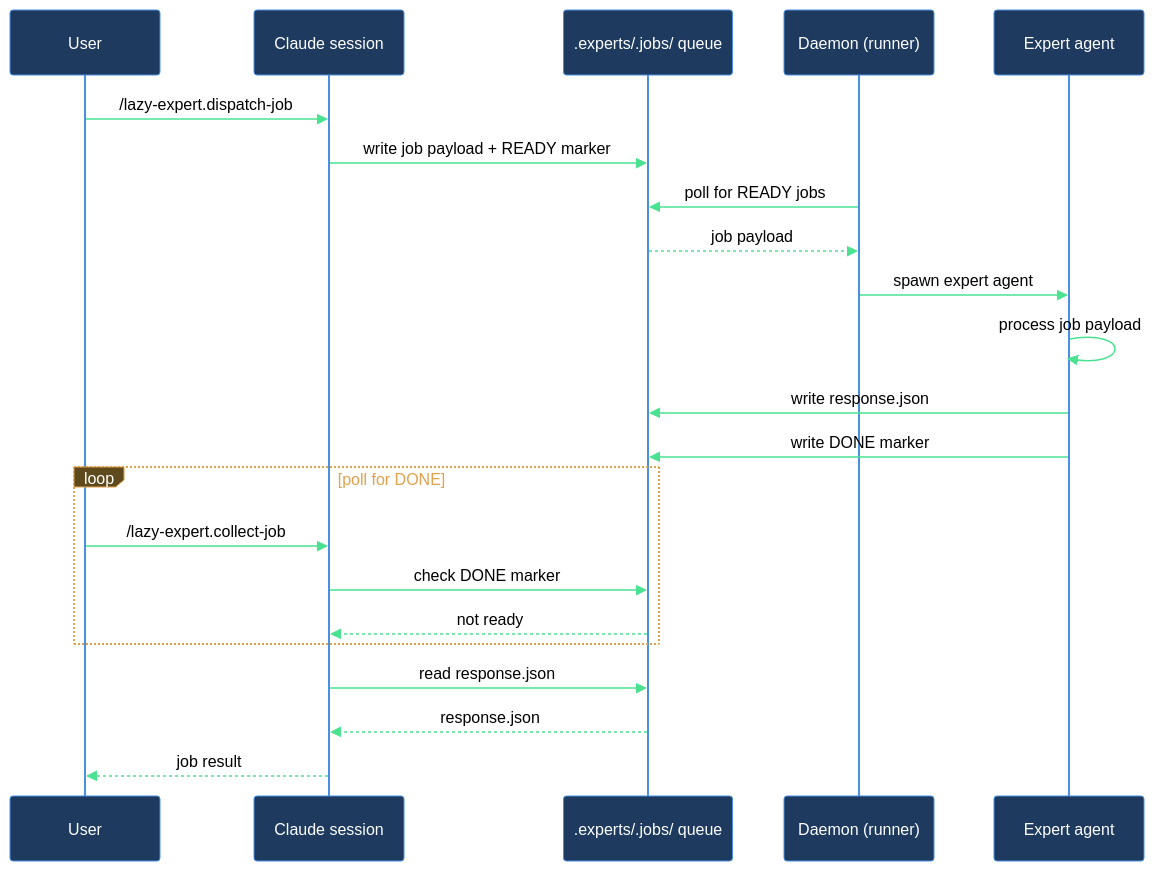
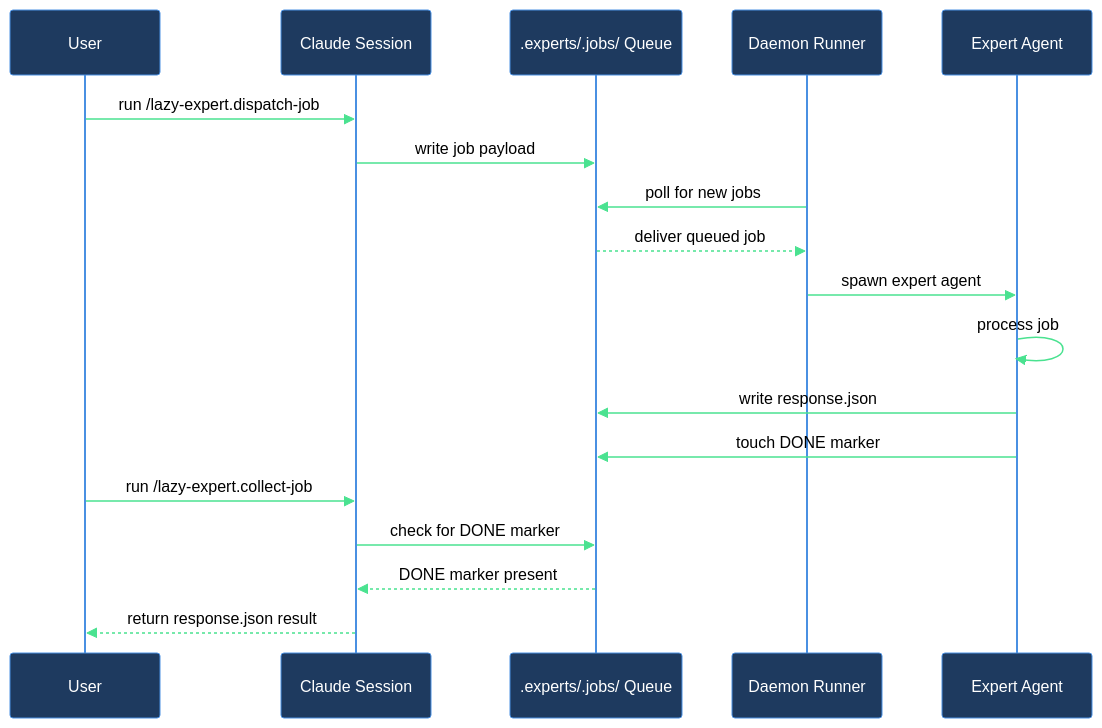
Before and after one commit to mebius-san/lazy-cortex: the diagram in claude/lazycortex-core/help/walkthroughs/setup-expert.md, drawn with Mermaid. The commit also changed other lines of this file and 40 other files, not shown here.

````diff
--- a/claude/lazycortex-core/help/walkthroughs/setup-expert.md
+++ b/claude/lazycortex-core/help/walkthroughs/setup-expert.md
@@ -152,26 +152,22 @@
 ```mermaid
 %%{init: {'themeVariables':{'background':'transparent','primaryColor':'#1e3a5f','primaryBorderColor':'#4a90e2','primaryTextColor':'#fff','lineColor':'#4ae290','actorBkg':'#1e3a5f','actorBorder':'#4a90e2','actorTextColor':'#fff','actorLineColor':'#4a90e2','signalColor':'#4ae290','signalTextColor':'#000','noteBkgColor':'#5f4a1e','noteBorderColor':'#e2a14a','noteTextColor':'#fff','labelBoxBkgColor':'#5f4a1e','labelBoxBorderColor':'#e2a14a','labelTextColor':'#fff','loopTextColor':'#e2a14a'},'sequence':{'diagramPadding':5,'useMaxWidth':true}}}%%
 sequenceDiagram
   participant user as User
-  participant session as Claude session
-  participant queue as .experts/.jobs/ queue
-  participant daemon as Daemon (runner)
-  participant expert as Expert agent
+  participant session as Claude Session
+  participant queue as .experts/.jobs/ Queue
+  participant daemon as Daemon Runner
+  participant expert as Expert Agent
 
-  user->>session: /lazy-expert.dispatch-job
-  session->>queue: write job payload + READY marker
-  daemon->>queue: poll for READY jobs
-  queue-->>daemon: job payload
+  user->>session: run /lazy-expert.dispatch-job
+  session->>queue: write job payload
+  daemon->>queue: poll for new jobs
+  queue-->>daemon: deliver queued job
   daemon->>expert: spawn expert agent
-  expert->>expert: process job payload
+  expert->>expert: process job
   expert->>queue: write response.json
-  expert->>queue: write DONE marker
-  loop poll for DONE
-    user->>session: /lazy-expert.collect-job
-    session->>queue: check DONE marker
-    queue-->>session: not ready
-  end
-  session->>queue: read response.json
-  queue-->>session: response.json
-  session-->>user: job result
+  expert->>queue: touch DONE marker
+  user->>session: run /lazy-expert.collect-job
+  session->>queue: check for DONE marker
+  queue-->>session: DONE marker present
+  session-->>user: return response.json result
 ```
````
